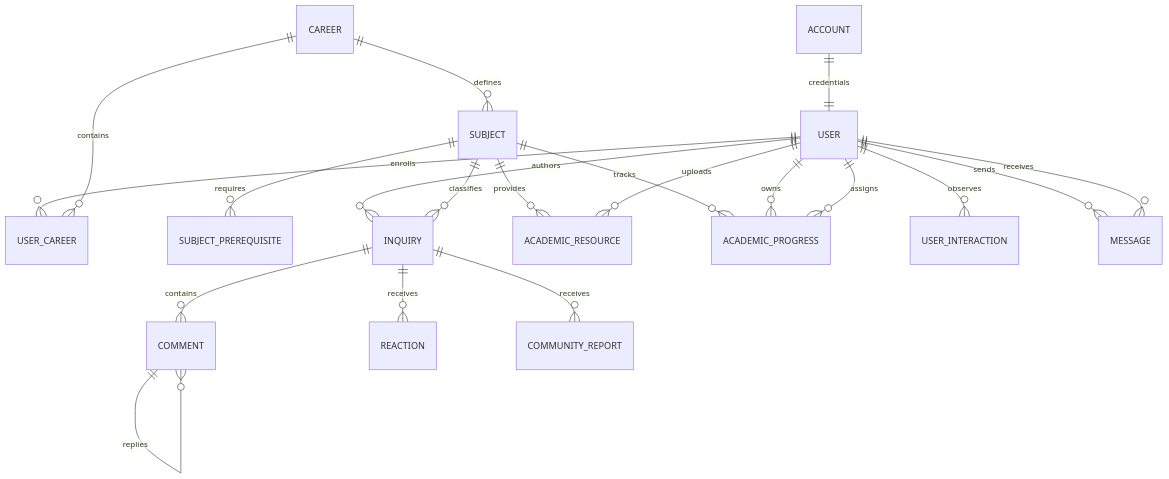
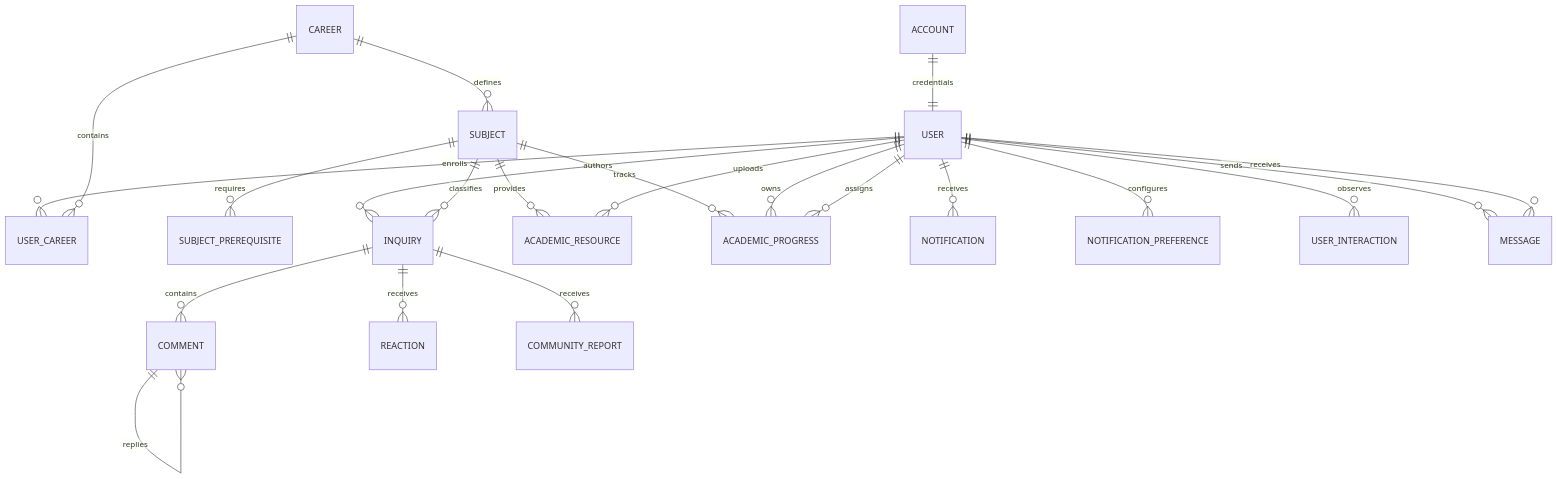
Before and after one commit to fagdiaz/OneITB: the first of 2 diagrams in docs/project_docs/architecture-and-design.md, drawn with Mermaid. The commit also changed other lines of this file and 36 other files, not shown here.

````diff
--- a/docs/project_docs/architecture-and-design.md
+++ b/docs/project_docs/architecture-and-design.md
@@ -52,22 +52,24 @@
 ```mermaid
 erDiagram
     ACCOUNT ||--|| USER : credentials
     USER ||--o{ USER_CAREER : enrolls
     CAREER ||--o{ USER_CAREER : contains
     CAREER ||--o{ SUBJECT : defines
     SUBJECT ||--o{ SUBJECT_PREREQUISITE : requires
     USER ||--o{ INQUIRY : authors
     SUBJECT ||--o{ INQUIRY : classifies
     SUBJECT ||--o{ ACADEMIC_RESOURCE : provides
     SUBJECT ||--o{ ACADEMIC_PROGRESS : tracks
+    USER ||--o{ NOTIFICATION : receives
+    USER ||--o{ NOTIFICATION_PREFERENCE : configures
     INQUIRY ||--o{ COMMENT : contains
     COMMENT ||--o{ COMMENT : replies
     INQUIRY ||--o{ REACTION : receives
     INQUIRY ||--o{ COMMUNITY_REPORT : receives
     USER ||--o{ USER_INTERACTION : observes
     USER ||--o{ ACADEMIC_RESOURCE : uploads
     USER ||--o{ ACADEMIC_PROGRESS : owns
     USER ||--o{ ACADEMIC_PROGRESS : assigns
     USER ||--o{ MESSAGE : sends
     USER ||--o{ MESSAGE : receives
 ```
````
